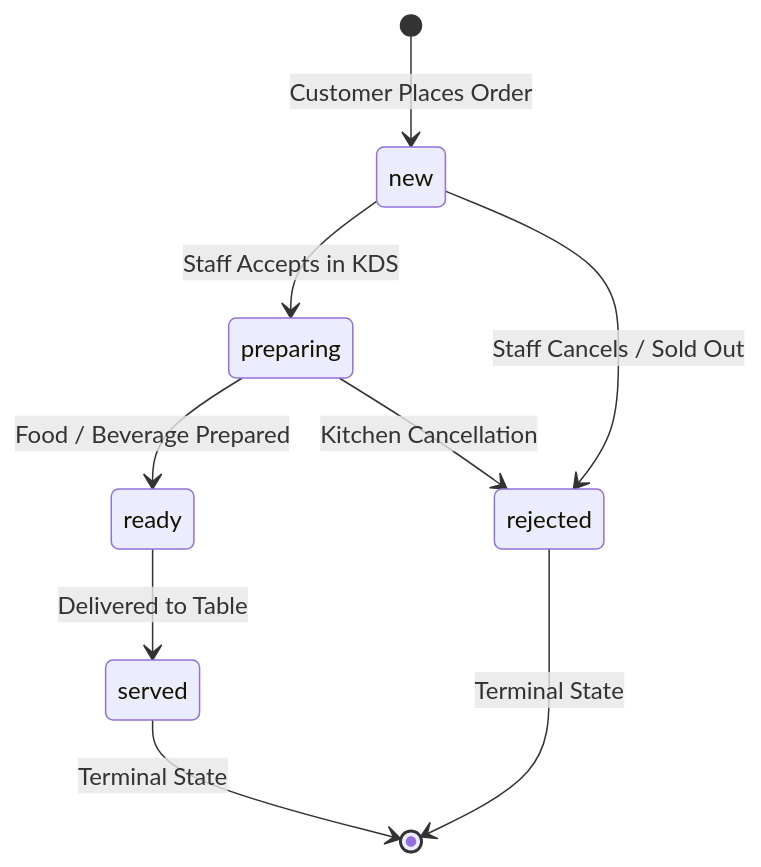
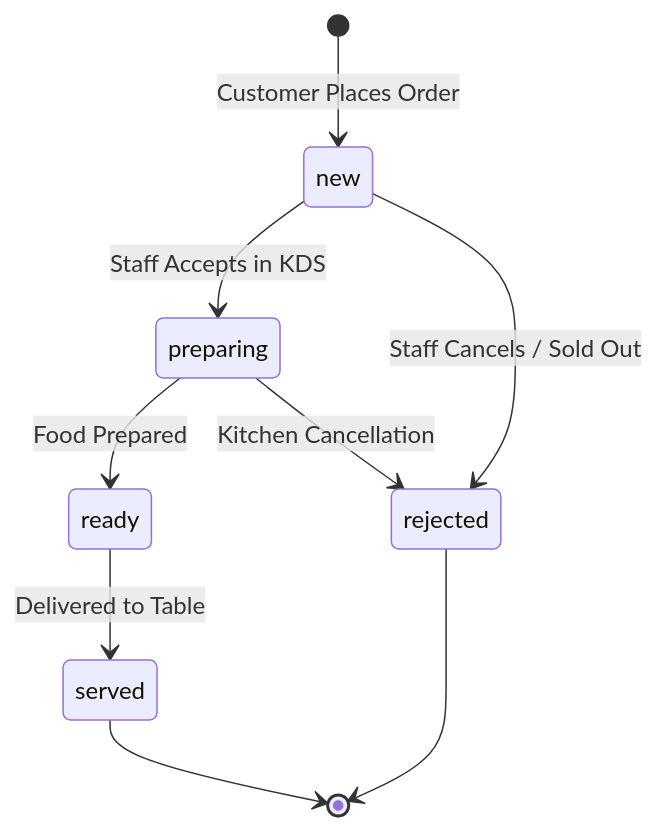
Before and after one commit to Anu7276/CAFE_MANAGEMENT_SYSTEM: the third of 6 diagrams in README.md, drawn with Mermaid. The commit also changed other lines of this file, not shown here.

Commit message:
docs(readme): sanitize all mermaid diagrams for GitHub renderer compatibility

````diff
--- a/README.md
+++ b/README.md
@@ -139,14 +140,14 @@
 ```mermaid
 stateDiagram-v2
     [*] --> new: Customer Places Order
     new --> preparing: Staff Accepts in KDS
     new --> rejected: Staff Cancels / Sold Out
     
-    preparing --> ready: Food / Beverage Prepared
+    preparing --> ready: Food Prepared
     preparing --> rejected: Kitchen Cancellation
     
     ready --> served: Delivered to Table
     
-    served --> [*]: Terminal State
-    rejected --> [*]: Terminal State
+    served --> [*]
+    rejected --> [*]
 ```
````
